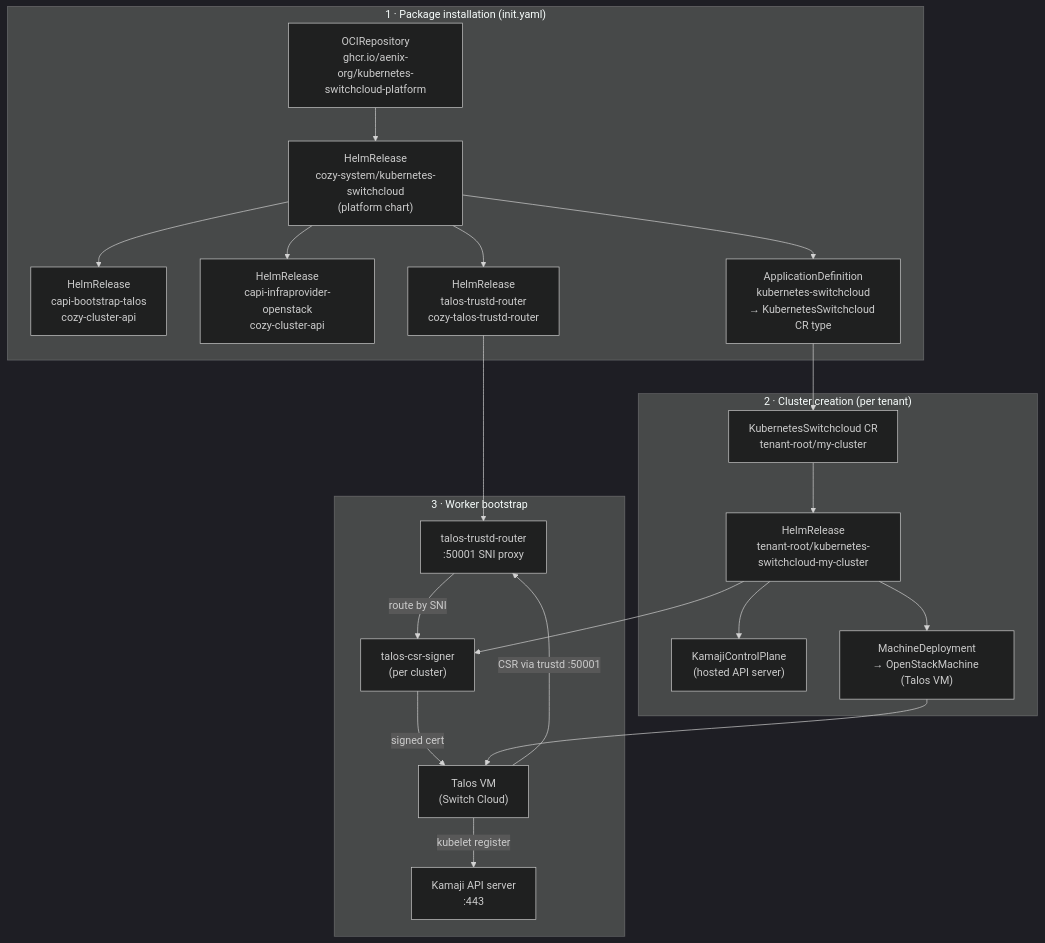
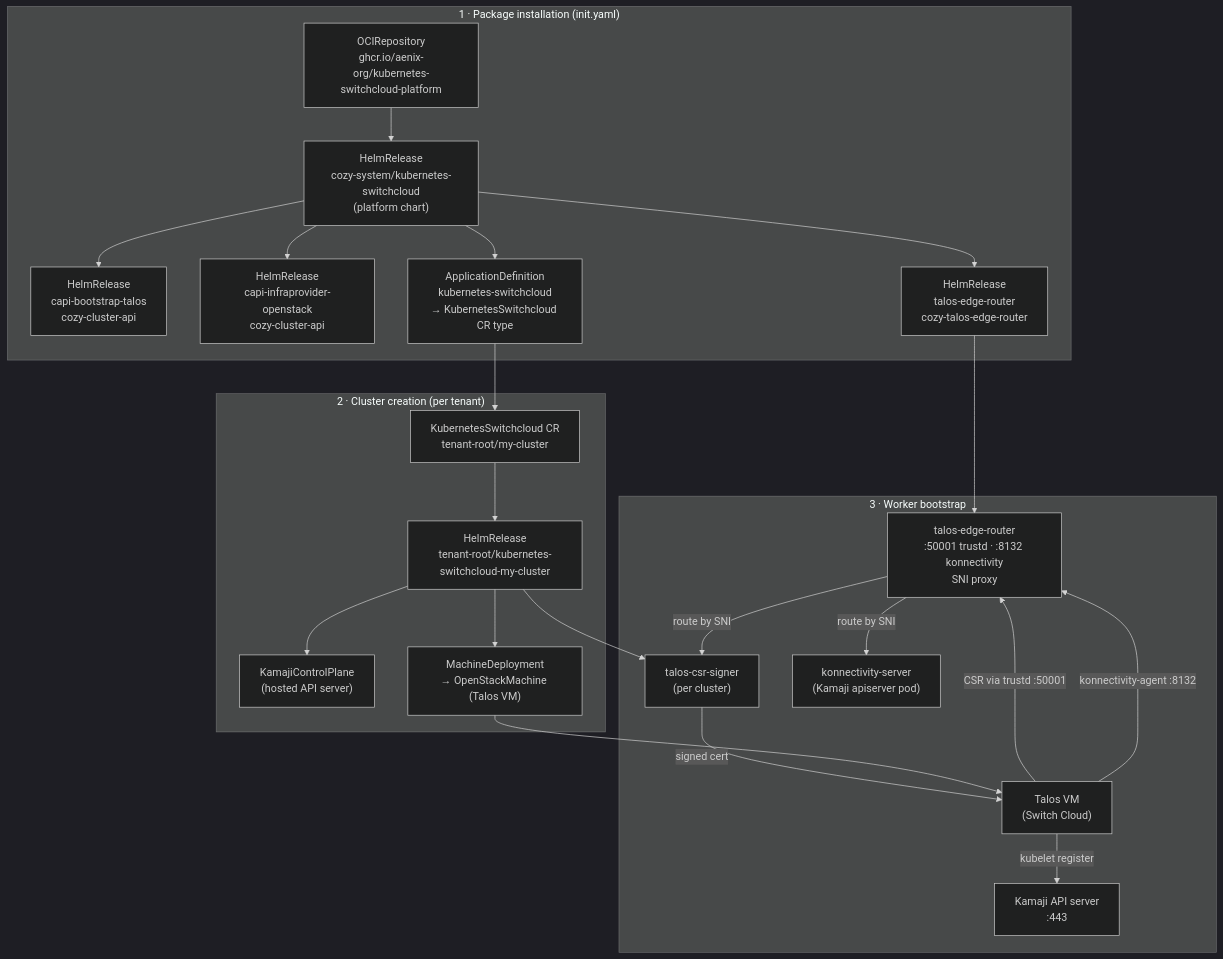
The diagram in README.md (aenix-org/kubernetes-switchcloud), drawn with Mermaid (dark theme) before and after one commit. The commit also changed other lines of this file and 27 other files, not shown here.

First line of the commit message:
feat: route konnectivity via generalized talos-edge-router (#43)

````diff
--- a/README.md
+++ b/README.md
@@ -8,38 +8,41 @@
 ```mermaid
 graph TD
     subgraph install["1 · Package installation (init.yaml)"]
         OCI["OCIRepository\nghcr.io/aenix-org/kubernetes-switchcloud-platform"]
         PC["HelmRelease\ncozy-system/kubernetes-switchcloud\n(platform chart)"]
         OCI --> PC
         PC --> CABPT["HelmRelease\ncapi-bootstrap-talos\ncozy-cluster-api"]
         PC --> CAPO["HelmRelease\ncapi-infraprovider-openstack\ncozy-cluster-api"]
-        PC --> TRUSTD["HelmRelease\ntalos-trustd-router\ncozy-talos-trustd-router"]
+        PC --> TRUSTD["HelmRelease\ntalos-edge-router\ncozy-talos-edge-router"]
         PC --> APPDEF["ApplicationDefinition\nkubernetes-switchcloud\n→ KubernetesSwitchcloud CR type"]
     end
 
     subgraph tenant["2 · Cluster creation (per tenant)"]
         CR["KubernetesSwitchcloud CR\ntenant-root/my-cluster"]
         HR["HelmRelease\ntenant-root/kubernetes-switchcloud-my-cluster"]
         KCP["KamajiControlPlane\n(hosted API server)"]
         MD["MachineDeployment\n→ OpenStackMachine (Talos VM)"]
         CR --> HR
         HR --> KCP
         HR --> MD
     end
 
     subgraph bootstrap["3 · Worker bootstrap"]
         VM["Talos VM\n(Switch Cloud)"]
-        TR["talos-trustd-router\n:50001 SNI proxy"]
+        TR["talos-edge-router\n:50001 trustd · :8132 konnectivity\nSNI proxy"]
         SIGNER["talos-csr-signer\n(per cluster)"]
+        KSRV["konnectivity-server\n(Kamaji apiserver pod)"]
         API["Kamaji API server\n:443"]
         VM -- "CSR via trustd :50001" --> TR
         TR -- "route by SNI" --> SIGNER
         SIGNER -- "signed cert" --> VM
         VM -- "kubelet register" --> API
+        VM -- "konnectivity-agent :8132" --> TR
+        TR -- "route by SNI" --> KSRV
     end
 
     APPDEF --> CR
     TRUSTD --> TR
     MD --> VM
     HR --> SIGNER
 ```
````
